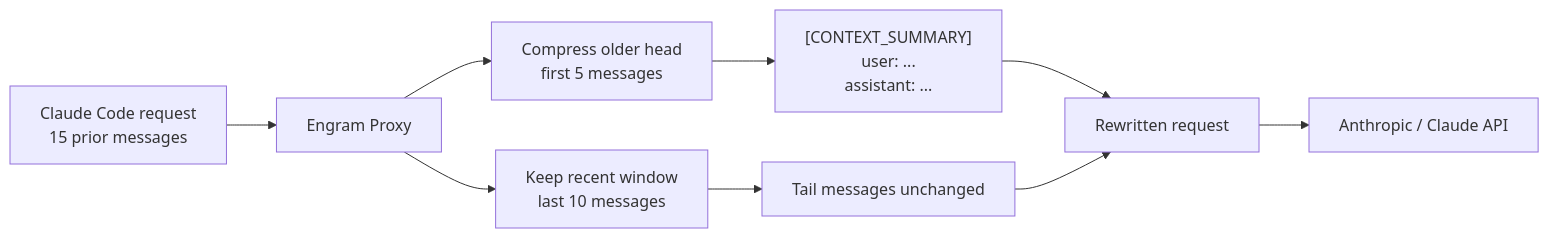
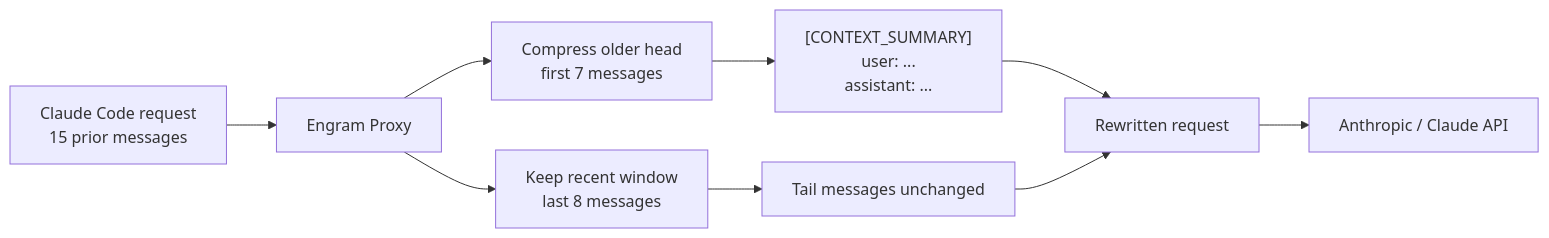
The diagram in README.md (pythondatascrape/engram), drawn with Mermaid before and after one commit. The commit also changed other lines of this file and 2 other files, not shown here.

Commit message:
feat: default proxy window to 8 messages

````diff
--- a/README.md
+++ b/README.md
@@ -21,11 +21,11 @@
 ```mermaid
 flowchart LR
     A["Claude Code request<br/>15 prior messages"] --> B["Engram Proxy"]
-    B --> C["Keep recent window<br/>last 10 messages"]
-    B --> D["Compress older head<br/>first 5 messages"]
+    B --> C["Keep recent window<br/>last 8 messages"]
+    B --> D["Compress older head<br/>first 7 messages"]
     D --> E["[CONTEXT_SUMMARY]<br/>user: ...<br/>assistant: ..."]
     C --> F["Tail messages unchanged"]
     E --> G["Rewritten request"]
     F --> G
     G --> H["Anthropic / Claude API"]
 ```
````
